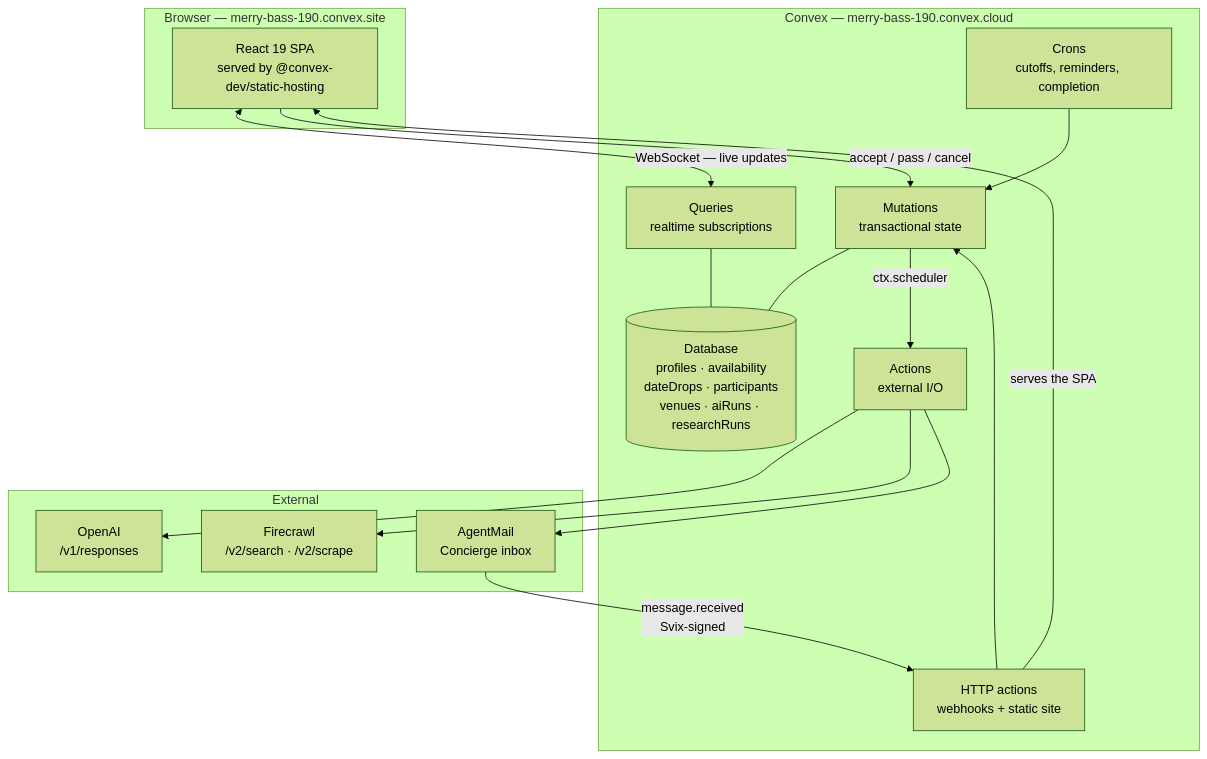
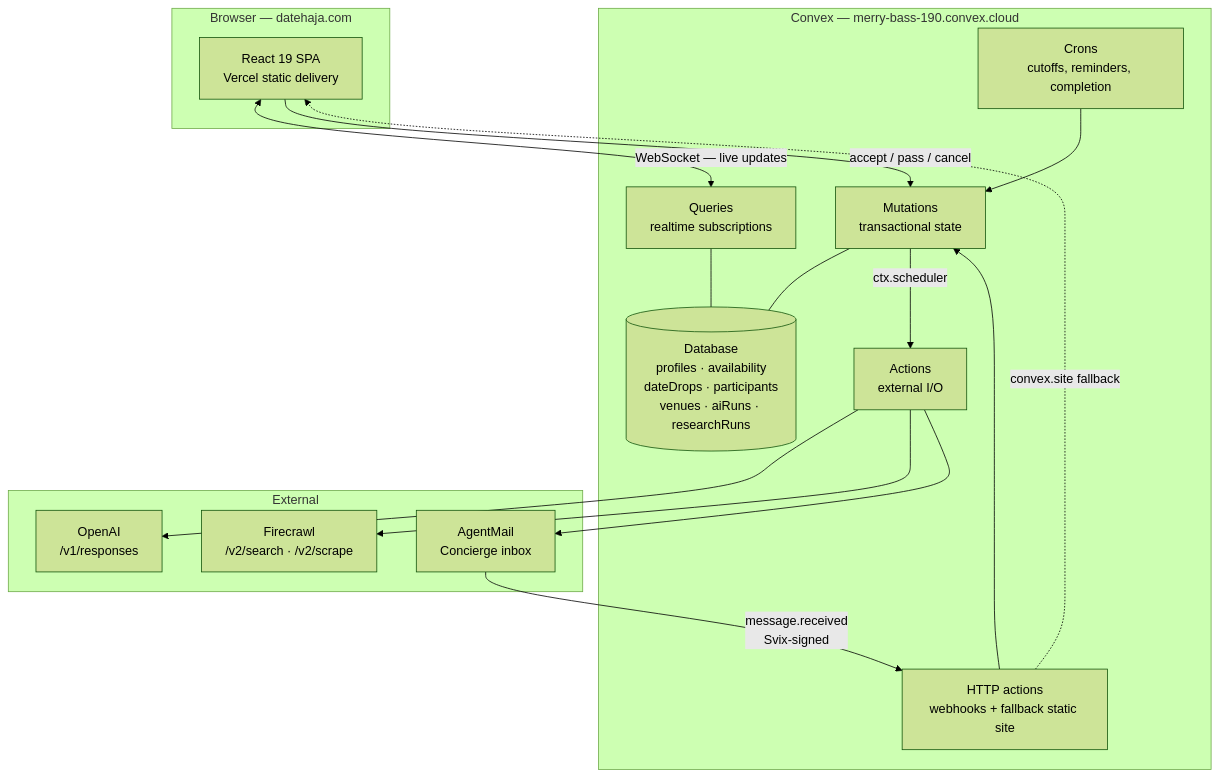
One commit to hyochan/Datehaja changed the first of 2 diagrams in README.md. Above: the diagram before and after it, drawn with Mermaid (forest theme). The commit also changed other lines of this file and 6 other files, not shown here.

Commit message:
feat(hosting): launch datehaja.com

````diff
--- a/README.md
+++ b/README.md
@@ -53,34 +53,34 @@
 ```mermaid
 flowchart TB
-    subgraph browser["Browser — merry-bass-190.convex.site"]
-        UI["React 19 SPA<br/>served by @convex-dev/static-hosting"]
+    subgraph browser["Browser — datehaja.com"]
+        UI["React 19 SPA<br/>Vercel static delivery"]
     end
 
     subgraph convex["Convex — merry-bass-190.convex.cloud"]
         Q["Queries<br/>realtime subscriptions"]
         M["Mutations<br/>transactional state"]
         A["Actions<br/>external I/O"]
-        H["HTTP actions<br/>webhooks + static site"]
+        H["HTTP actions<br/>webhooks + fallback static site"]
         C["Crons<br/>cutoffs, reminders, completion"]
         DB[("Database<br/>profiles · availability<br/>dateDrops · participants<br/>venues · aiRuns · researchRuns")]
     end
 
     subgraph external["External"]
         OAI["OpenAI<br/>/v1/responses"]
         FC["Firecrawl<br/>/v2/search · /v2/scrape"]
         AM["AgentMail<br/>Concierge inbox"]
     end
 
     UI <-->|"WebSocket — live updates"| Q
     UI -->|accept / pass / cancel| M
     Q --- DB
     M --- DB
     M -->|ctx.scheduler| A
     C --> M
     A --> OAI
     A --> FC
     A --> AM
     AM -->|"message.received<br/>Svix-signed"| H
     H --> M
-    H -->|serves the SPA| UI
+    H -.->|convex.site fallback| UI
 ```
````
